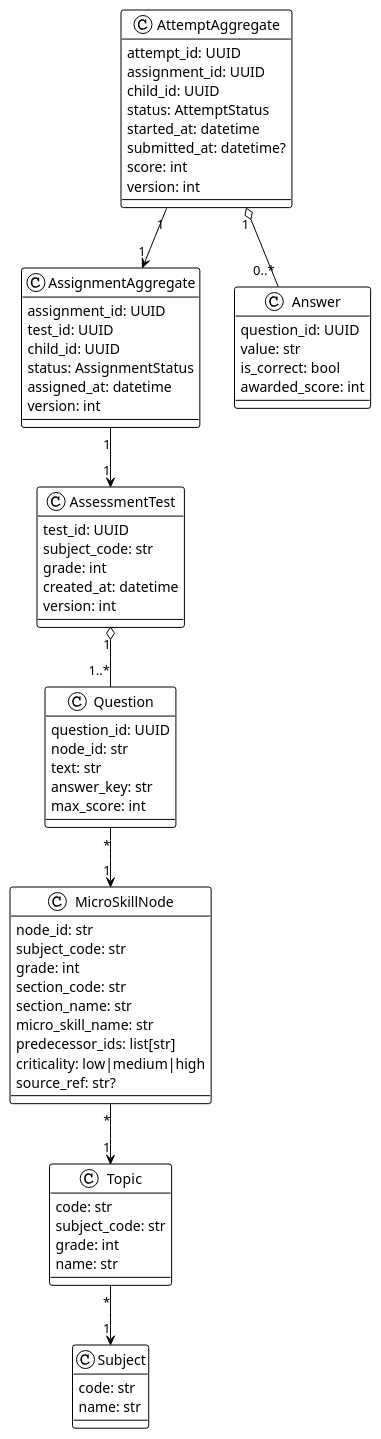
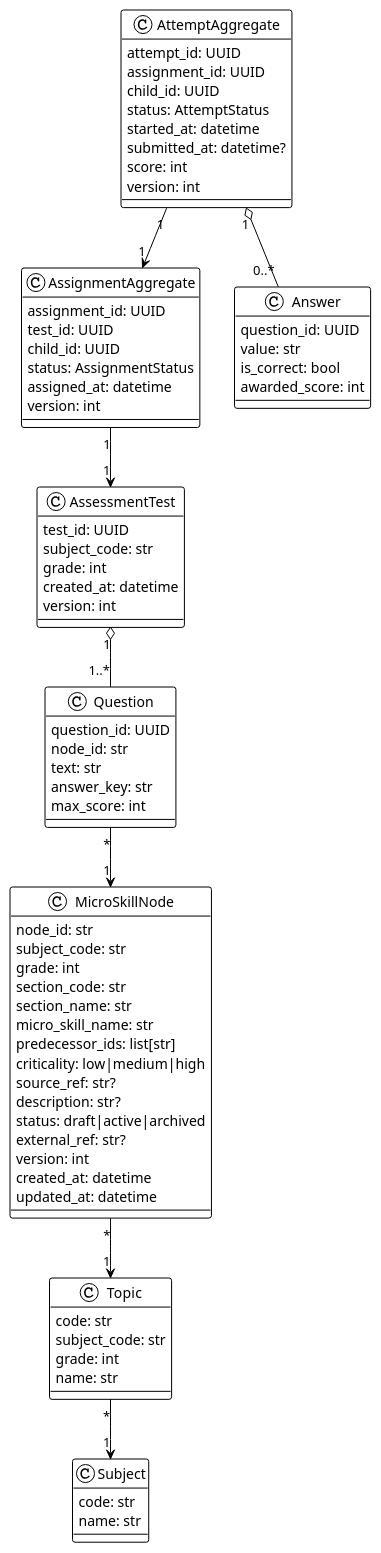
The diagram in docs/diagrams/domain-model.puml (semoleg1986/assessment-service), drawn with PlantUML before and after one commit. The commit also changed 16 other files, not shown here.

```diff
--- a/docs/diagrams/domain-model.puml
+++ b/docs/diagrams/domain-model.puml
@@ -1,80 +1,86 @@
 @startuml
 !theme plain
 skinparam shadowing false
 skinparam packageStyle rectangle
 
 class AssessmentTest {
   test_id: UUID
   subject_code: str
   grade: int
   created_at: datetime
   version: int
 }
 
 class Question {
   question_id: UUID
   node_id: str
   text: str
   answer_key: str
   max_score: int
 }
 
 class AssignmentAggregate {
   assignment_id: UUID
   test_id: UUID
   child_id: UUID
   status: AssignmentStatus
   assigned_at: datetime
   version: int
 }
 
 class AttemptAggregate {
   attempt_id: UUID
   assignment_id: UUID
   child_id: UUID
   status: AttemptStatus
   started_at: datetime
   submitted_at: datetime?
   score: int
   version: int
 }
 
 class Answer {
   question_id: UUID
   value: str
   is_correct: bool
   awarded_score: int
 }
 
 class Subject {
   code: str
   name: str
 }
 
 class Topic {
   code: str
   subject_code: str
   grade: int
   name: str
 }
 
 class MicroSkillNode {
   node_id: str
   subject_code: str
   grade: int
   section_code: str
   section_name: str
   micro_skill_name: str
   predecessor_ids: list[str]
   criticality: low|medium|high
   source_ref: str?
+  description: str?
+  status: draft|active|archived
+  external_ref: str?
+  version: int
+  created_at: datetime
+  updated_at: datetime
 }
 
 AssessmentTest "1" o-- "1..*" Question
 AssignmentAggregate "1" --> "1" AssessmentTest
 AttemptAggregate "1" --> "1" AssignmentAggregate
 AttemptAggregate "1" o-- "0..*" Answer
 Topic "*" --> "1" Subject
 Question "*" --> "1" MicroSkillNode
 MicroSkillNode "*" --> "1" Topic
 @enduml
```
